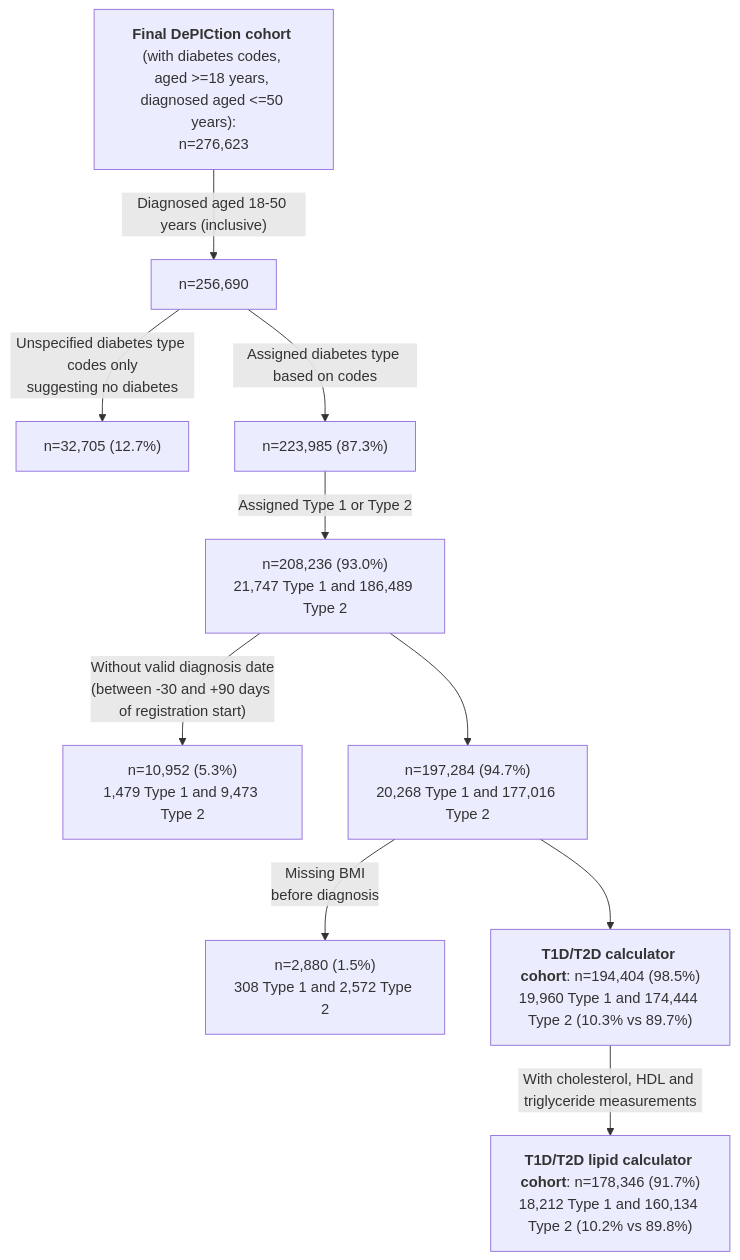
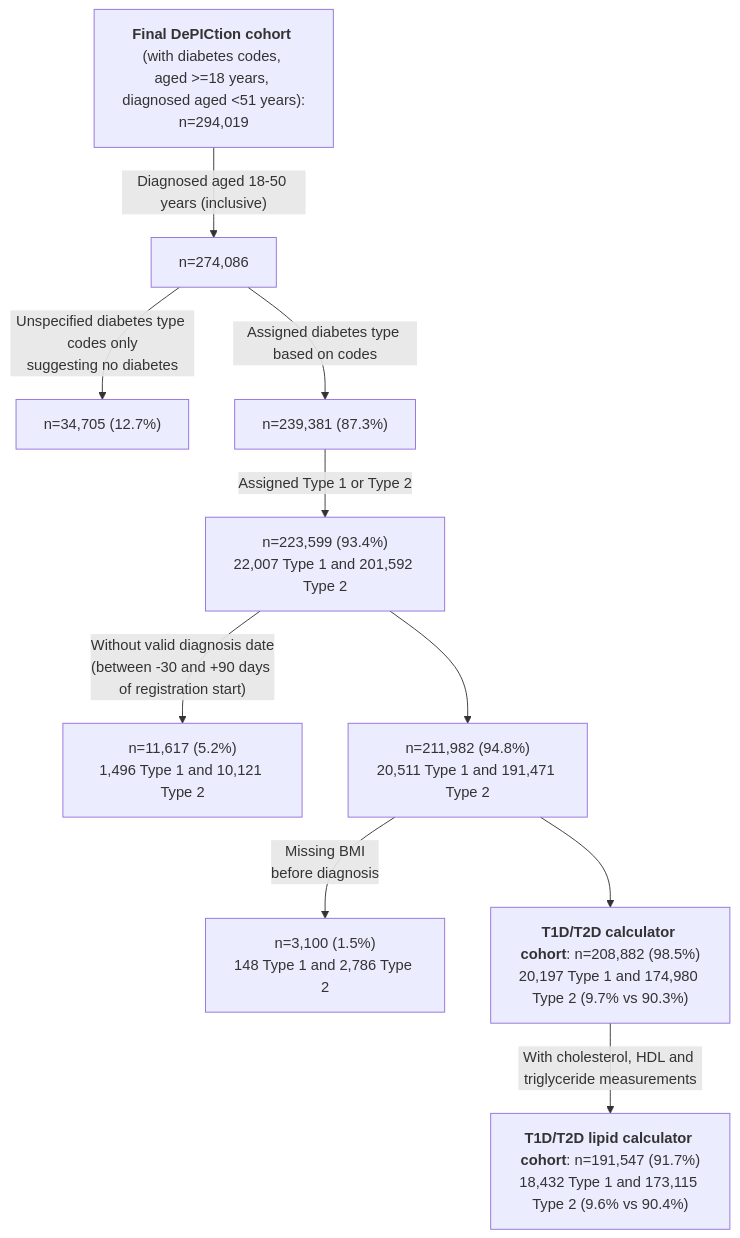
The fifth of 5 diagrams in README.md (Exeter-Diabetes/CPRD-Katie-DePICtion-Scripts), drawn with Mermaid before and after one commit. The commit also changed other lines of this file, not shown here.

````diff
--- a/README.md
+++ b/README.md
@@ -276,12 +276,12 @@
 ```mermaid
 graph TD;
-    A["<b>Final DePICtion cohort</b> (with diabetes codes, <br>aged >=18 years, diagnosed aged <=50 years):<br>n=276,623"] --> |"Diagnosed aged 18-50 years (inclusive)"| B["n=256,690"]
-    B --> |"Unspecified diabetes type codes only<br>suggesting no diabetes"| C["n=32,705 (12.7%)"]
-    B --> |"Assigned diabetes type based on codes"| D["n=223,985 (87.3%)"]
-    D --> |"Assigned Type 1 or Type 2"| E["n=208,236 (93.0%)<br>21,747 Type 1 and 186,489 Type 2"]
-    E --> |"Without valid diagnosis date<br>(between -30 and +90 days of registration start)"| F["n=10,952 (5.3%)<br>1,479 Type 1 and 9,473 Type 2"]
-    E --> G["n=197,284 (94.7%)<br>20,268 Type 1 and 177,016 Type 2"]
-    G --> |"Missing BMI<br>before diagnosis"|H["n=2,880 (1.5%)<br>308 Type 1 and 2,572 Type 2"]
-    G --> I["<b>T1D/T2D calculator cohort</b>: n=194,404 (98.5%)<br>19,960 Type 1 and 174,444 Type 2 (10.3% vs 89.7%)"]
-    I --> |"With cholesterol, HDL and triglyceride measurements"|J["<b>T1D/T2D lipid calculator cohort</b>: n=178,346 (91.7%)<br>18,212 Type 1 and 160,134 Type 2 (10.2% vs 89.8%)"]
+    A["<b>Final DePICtion cohort</b> (with diabetes codes, <br>aged >=18 years, diagnosed aged <51 years):<br>n=294,019"] --> |"Diagnosed aged 18-50 years (inclusive)"| B["n=274,086"]
+    B --> |"Unspecified diabetes type codes only<br>suggesting no diabetes"| C["n=34,705 (12.7%)"]
+    B --> |"Assigned diabetes type based on codes"| D["n=239,381 (87.3%)"]
+    D --> |"Assigned Type 1 or Type 2"| E["n=223,599 (93.4%)<br>22,007 Type 1 and 201,592 Type 2"]
+    E --> |"Without valid diagnosis date<br>(between -30 and +90 days of registration start)"| F["n=11,617 (5.2%)<br>1,496 Type 1 and 10,121 Type 2"]
+    E --> G["n=211,982 (94.8%)<br>20,511 Type 1 and 191,471 Type 2"]
+    G --> |"Missing BMI<br>before diagnosis"|H["n=3,100 (1.5%)<br>148 Type 1 and 2,786 Type 2"]
+    G --> I["<b>T1D/T2D calculator cohort</b>: n=208,882 (98.5%)<br>20,197 Type 1 and 174,980 Type 2 (9.7% vs 90.3%)"]
+    I --> |"With cholesterol, HDL and triglyceride measurements"|J["<b>T1D/T2D lipid calculator cohort</b>: n=191,547 (91.7%)<br>18,432 Type 1 and 173,115 Type 2 (9.6% vs 90.4%)"]
 ```
````
